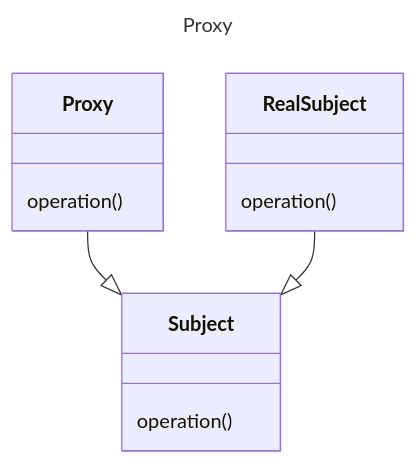
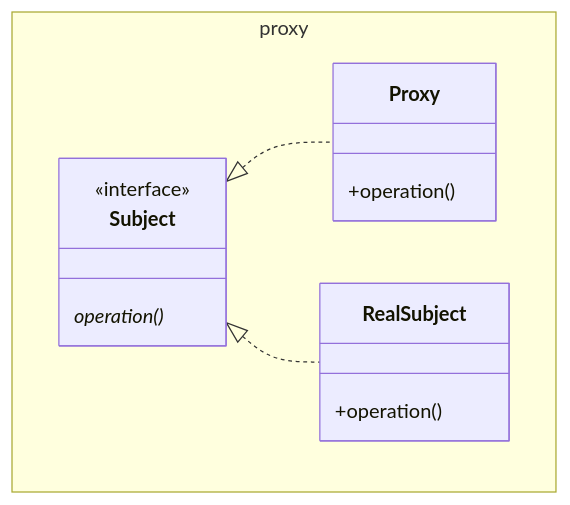
One commit to mtrigueira/JGoF changed the diagram in src/main/java/org/example/gof/structure/proxy/Proxy.md. Above: the diagram before and after it, drawn with Mermaid. The commit also changed other lines of this file and 1 other file, not shown here.

Commit message:
Edit Proxy.md add synonym and related patterns

````diff
--- a/src/main/java/org/example/gof/structure/proxy/Proxy.md
+++ b/src/main/java/org/example/gof/structure/proxy/Proxy.md
@@ -1,17 +5,18 @@
 ```mermaid
----
-title: Proxy
----
 classDiagram
-    class Subject {
-        operation()
+    namespace proxy {
+        class Proxy {
+            +operation()
+        }
+        class RealSubject {
+            +operation()
+        }
+        class Subject {
+            <<interface>>
+            operation()*
+        }
     }
-    class Proxy {
-        operation()
-    }
-    class RealSubject {
-        operation()
-    }
-    Proxy --|> Subject
-    RealSubject --|> Subject
+    Subject <|.. Proxy
+    Subject <|.. RealSubject
+
 ```
````
